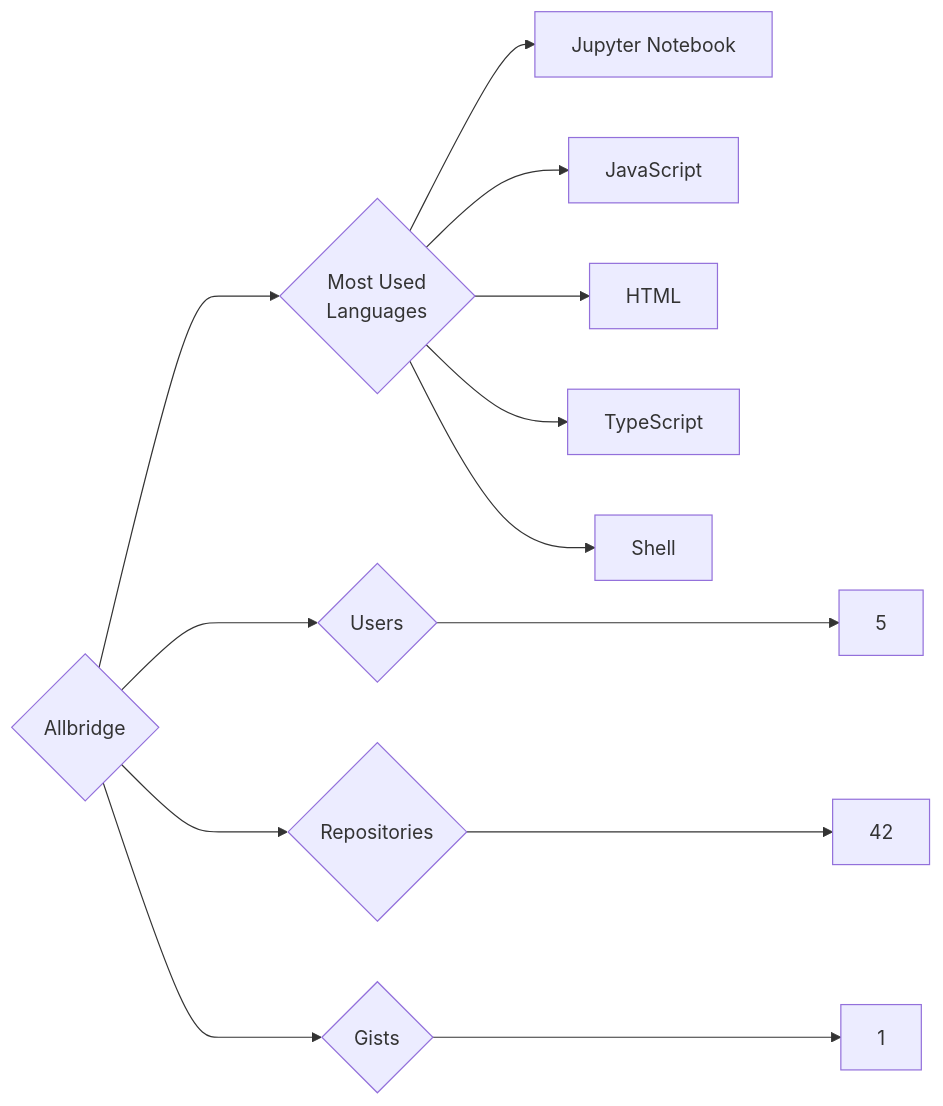
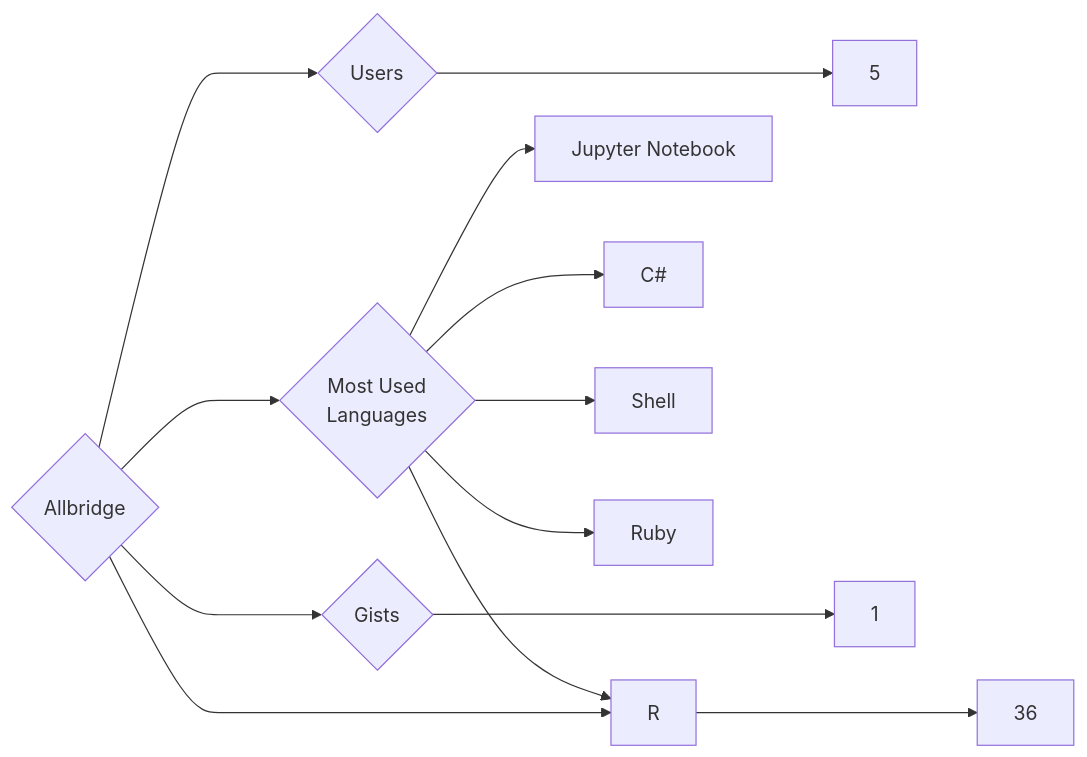
One commit to trickest/insiders changed the diagram in targets/Allbridge/README.md. Above: the diagram before and after it, drawn with Mermaid. The commit also changed 1175 other files, not shown here.

````diff
--- a/targets/Allbridge/README.md
+++ b/targets/Allbridge/README.md
@@ -3,13 +3,13 @@
 ```mermaid
 graph LR
 COMPANY_NAME{Allbridge}
 COMPANY_NAME ---> U{Users} ---> UN[5]
-COMPANY_NAME ---> R{Repositories} ---> RN[42]
+COMPANY_NAME ---> R{Repositories} ---> RN[36]
 COMPANY_NAME ---> G{Gists} ---> GN[1]
 COMPANY_NAME ---> ML{Most Used<br>Languages}
 ML --> Jupyter_Notebook[Jupyter Notebook]
-ML --> JavaScript[JavaScript]
-ML --> HTML[HTML]
-ML --> TypeScript[TypeScript]
+ML --> C#[C#]
 ML --> Shell[Shell]
+ML --> Ruby[Ruby]
+ML --> R[R]
 ```
````
